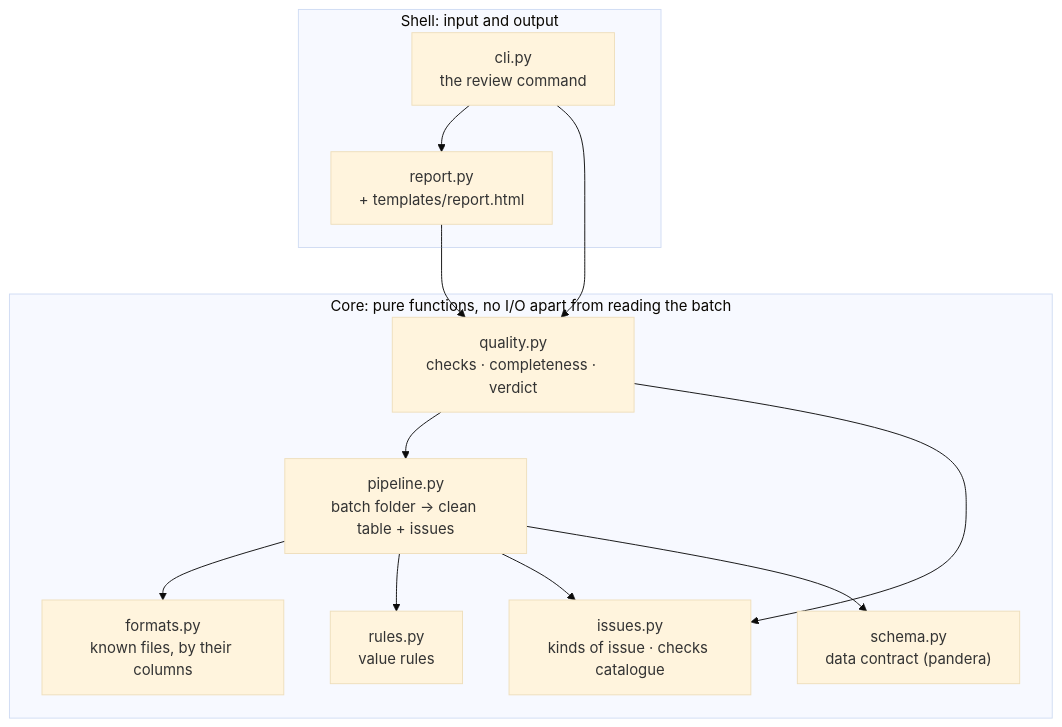
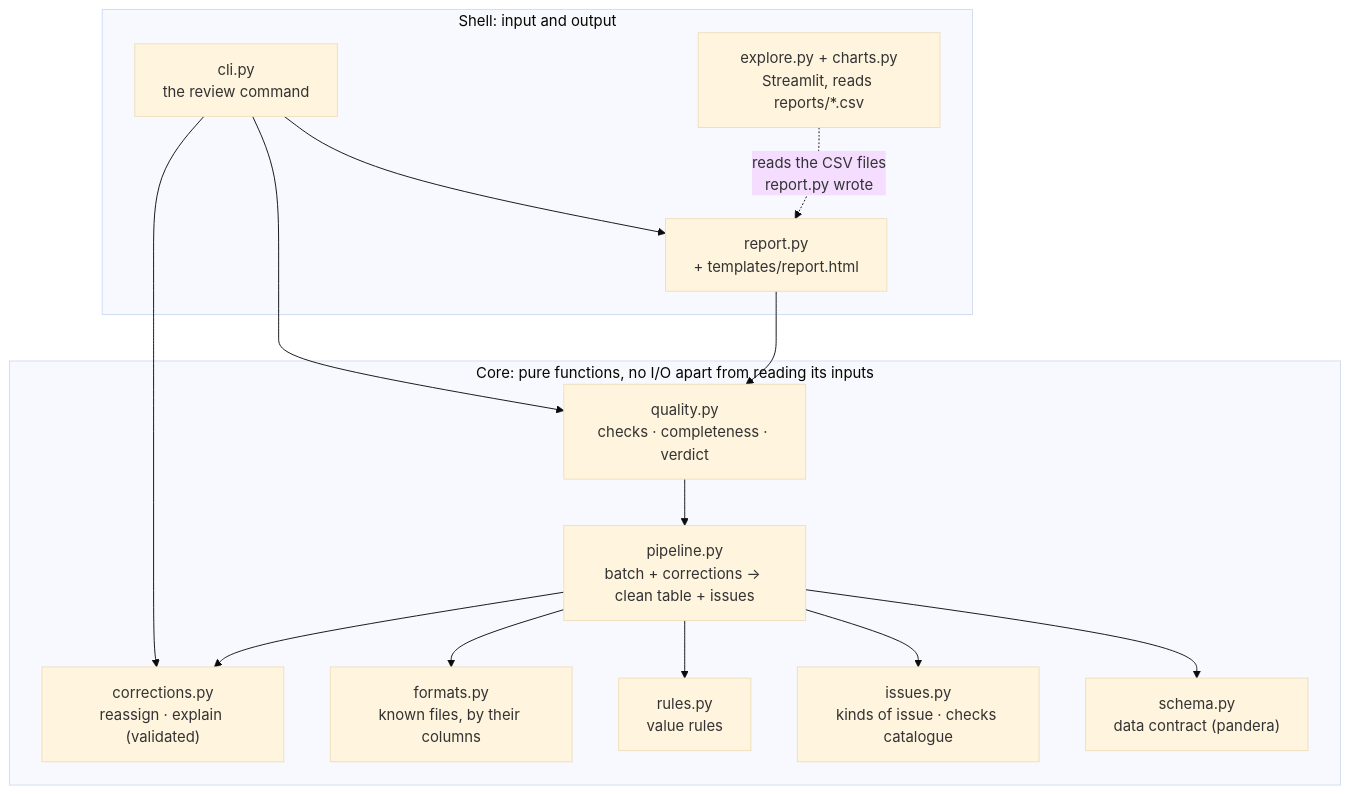
One commit to simIDe/digital_innovation_staps_showcase changed the second of 5 diagrams in docs/architecture.md. Above: the diagram before and after it, drawn with Mermaid (base theme). The commit also changed other lines of this file and 27 other files, not shown here.

````diff
--- a/docs/architecture.md
+++ b/docs/architecture.md
@@ -27,25 +32,29 @@
 ```mermaid
 flowchart TB
     subgraph shell["Shell: input and output"]
         cli["cli.py<br/>the review command"]
         report["report.py<br/>+ templates/report.html"]
+        explore["explore.py + charts.py<br/>Streamlit, reads reports/*.csv"]
     end
-    subgraph core["Core: pure functions, no I/O apart from reading the batch"]
+    subgraph core["Core: pure functions, no I/O apart from reading its inputs"]
         quality["quality.py<br/>checks · completeness · verdict"]
-        pipeline["pipeline.py<br/>batch folder → clean table + issues"]
+        pipeline["pipeline.py<br/>batch + corrections → clean table + issues"]
+        corrections["corrections.py<br/>reassign · explain (validated)"]
         formats["formats.py<br/>known files, by their columns"]
         rules["rules.py<br/>value rules"]
         issues["issues.py<br/>kinds of issue · checks catalogue"]
         schema["schema.py<br/>data contract (pandera)"]
     end
 
     cli --> report
     cli --> quality
+    cli --> corrections
     report --> quality
     quality --> pipeline
-    quality --> issues
+    pipeline --> corrections
     pipeline --> formats
     pipeline --> rules
     pipeline --> issues
     pipeline --> schema
+    explore -. "reads the CSV files<br/>report.py wrote" .-> report
 ```
````
